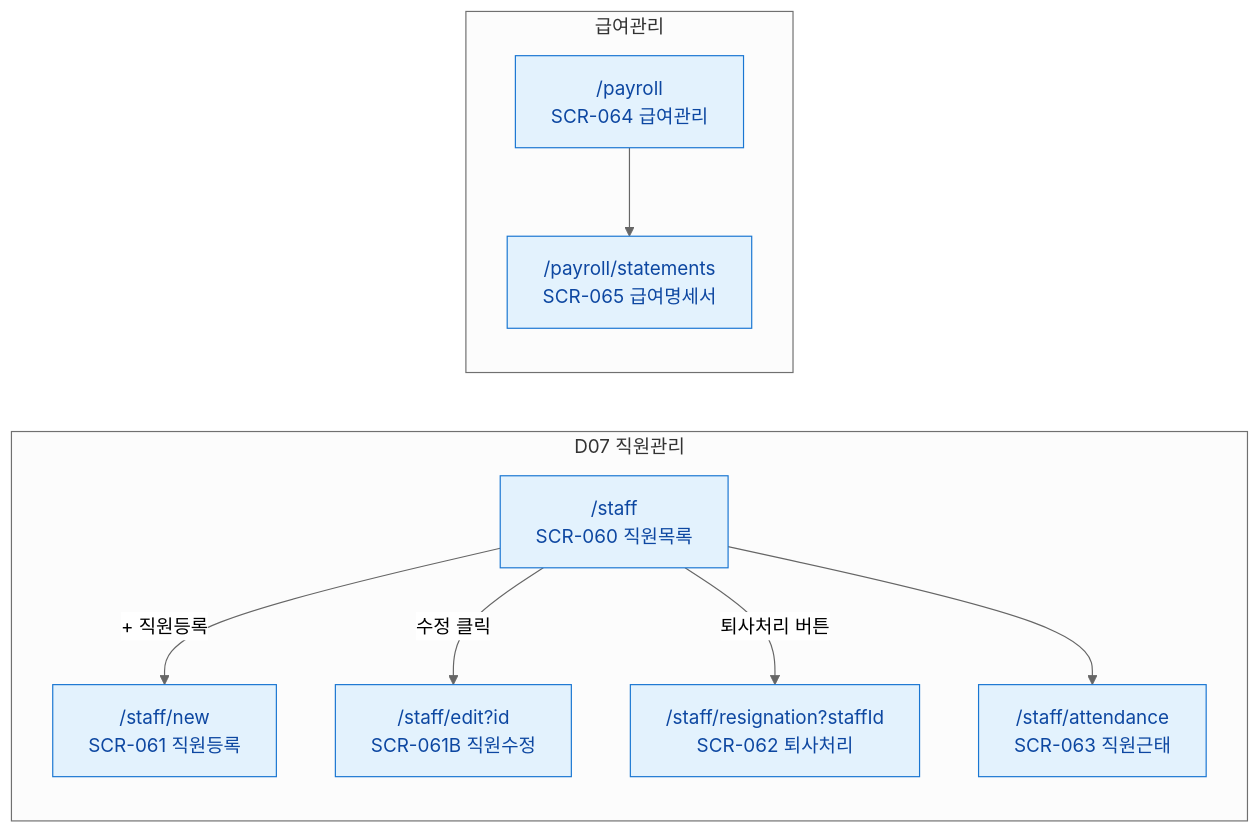
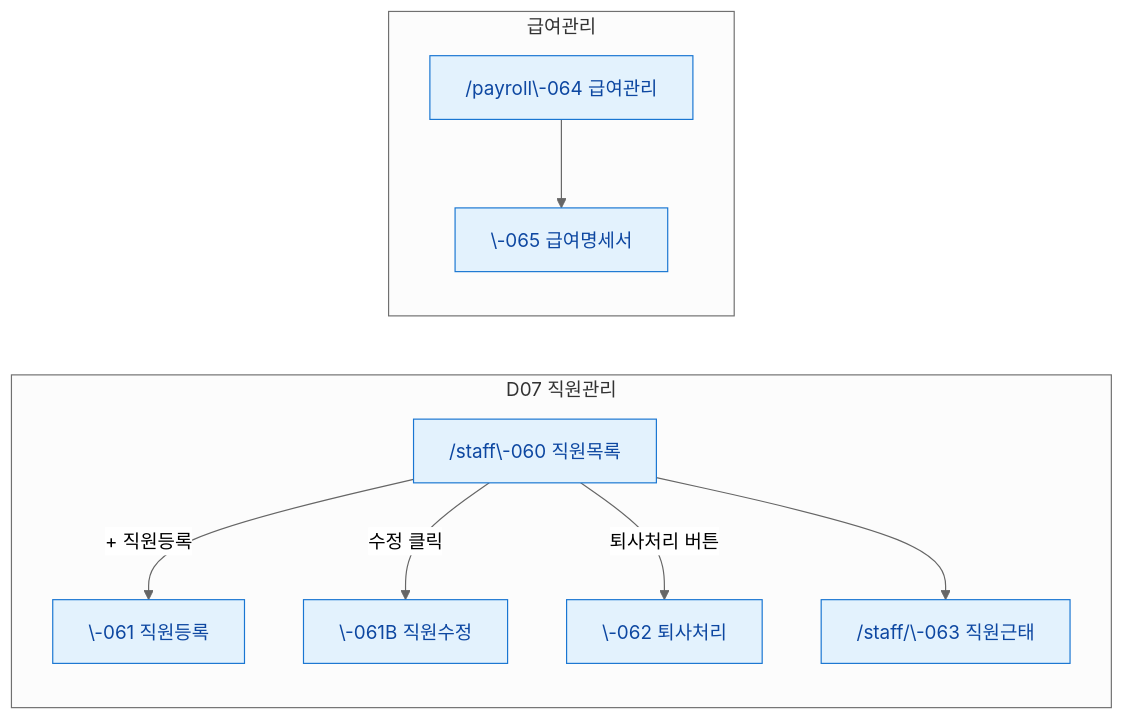
One commit to dev-spogym/admin-pando changed the eighth of 11 diagrams in docs/다이어그램/00_사이트맵/N2_도메인별_사이트맵.md. Above: the diagram before and after it, drawn with Mermaid (neutral theme). The commit also changed other lines of this file and 1660 other files, not shown here.

First line of the commit message:
다이어그램: 기획자/클라이언트 납품본으로 정리

````diff
--- a/docs/다이어그램/00_사이트맵/N2_도메인별_사이트맵.md
+++ b/docs/다이어그램/00_사이트맵/N2_도메인별_사이트맵.md
@@ -193,24 +190,24 @@
 ```mermaid
 flowchart LR
     subgraph D07["D07 직원관리"]
-        SCR060["/staff\nSCR-060 직원목록"]
-        SCR061["/staff/new\nSCR-061 직원등록"]
-        SCR061B["/staff/edit?id\nSCR-061B 직원수정"]
-        SCR062["/staff/resignation?staffId\nSCR-062 퇴사처리"]
-        SCR063["/staff/attendance\nSCR-063 직원근태"]
+        SCR060["/staff\-060 직원목록"]
+        SCR061["\-061 직원등록"]
+        SCR061B["\-061B 직원수정"]
+        SCR062["\-062 퇴사처리"]
+        SCR063["/staff/\-063 직원근태"]
     end
 
     subgraph D07P["급여관리"]
-        SCR064["/payroll\nSCR-064 급여관리"]
-        SCR065["/payroll/statements\nSCR-065 급여명세서"]
+        SCR064["/payroll\-064 급여관리"]
+        SCR065["\-065 급여명세서"]
     end
 
-    SCR060 -->|"+ 직원등록"| SCR061
-    SCR060 -->|"수정 클릭"| SCR061B
-    SCR060 -->|"퇴사처리 버튼"| SCR062
+    SCR060 -->|"+ 직원등록"|SCR061
+    SCR060 -->|"수정 클릭"|SCR061B
+    SCR060 -->|"퇴사처리 버튼"|SCR062
     SCR060 --> SCR063
     SCR064 --> SCR065
 
     classDef screen fill:#E3F2FD,stroke:#1976D2,color:#0D47A1
     class SCR060,SCR061,SCR061B,SCR062,SCR063,SCR064,SCR065 screen
 ```
````
